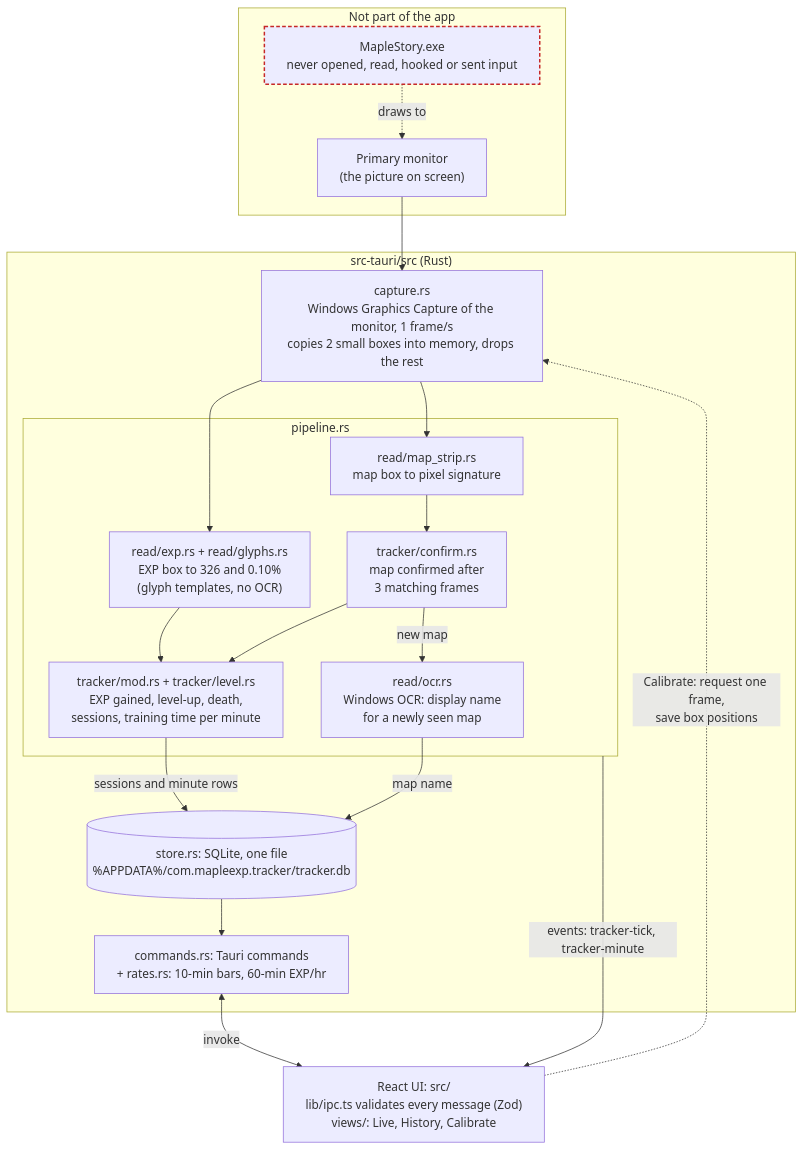
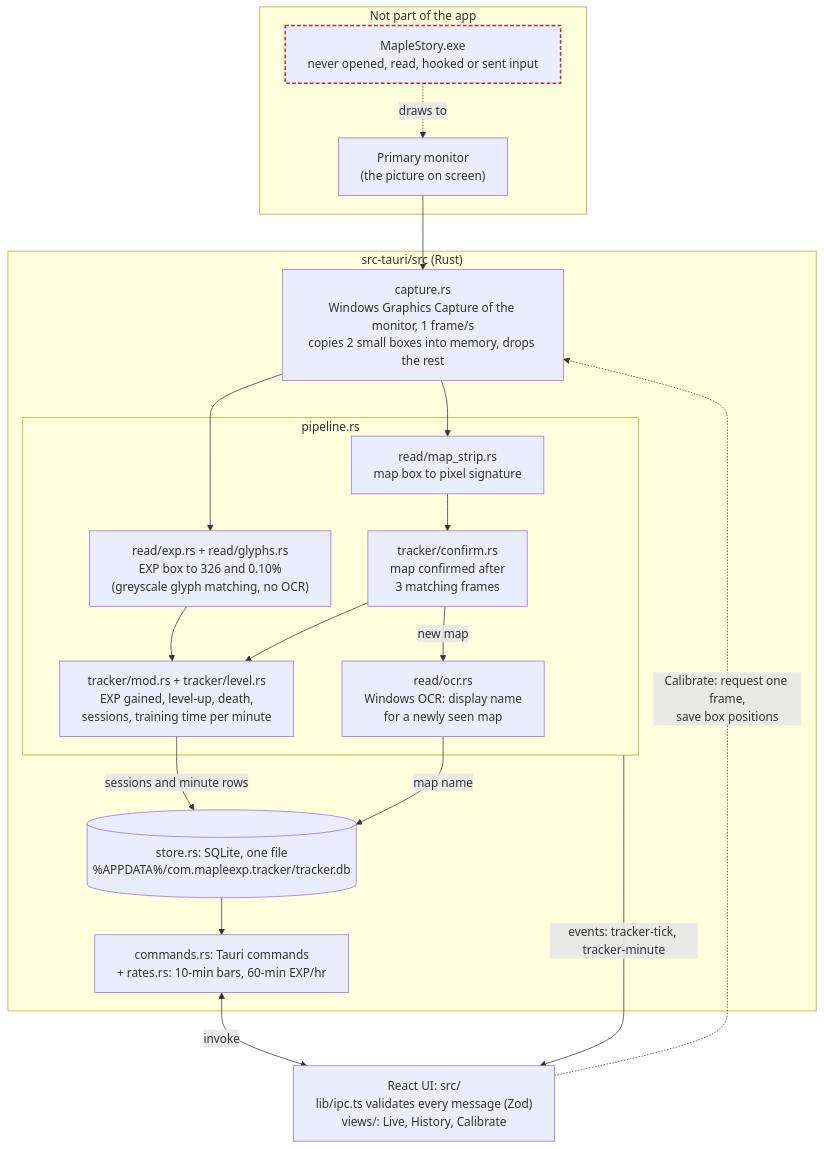
The diagram in README.md (Kwuasimoto/classic-exp-tracker), drawn with Mermaid before and after one commit. The commit also changed other lines of this file and 4 other files, not shown here.

First line of the commit message:
fix(read): greyscale, centre-aligned EXP glyph matching

````diff
--- a/README.md
+++ b/README.md
@@ -9,43 +9,43 @@
 ```mermaid
 %%{init: {"flowchart": {"wrappingWidth": 320}}}%%
 flowchart TB
     subgraph outside["Not part of the app"]
         game["MapleStory.exe<br/>never opened, read, hooked or sent input"]
         monitor["Primary monitor<br/>(the picture on screen)"]
         game -. "draws to" .-> monitor
     end
 
     subgraph backend["src-tauri/src (Rust)"]
         capture["capture.rs<br/>Windows Graphics Capture of the monitor, 1 frame/s<br/>copies 2 small boxes into memory, drops the rest"]
 
         subgraph pipeline["pipeline.rs"]
-            exp["read/exp.rs + read/glyphs.rs<br/>EXP box to 326 and 0.10%<br/>(glyph templates, no OCR)"]
+            exp["read/exp.rs + read/glyphs.rs<br/>EXP box to 326 and 0.10%<br/>(greyscale glyph matching, no OCR)"]
             strip["read/map_strip.rs<br/>map box to pixel signature"]
             confirm["tracker/confirm.rs<br/>map confirmed after<br/>3 matching frames"]
             ocr["read/ocr.rs<br/>Windows OCR: display name<br/>for a newly seen map"]
             track["tracker/mod.rs + tracker/level.rs<br/>EXP gained, level-up, death,<br/>sessions, training time per minute"]
         end
 
         store[("store.rs: SQLite, one file<br/>%APPDATA%/com.mapleexp.tracker/tracker.db")]
         commands["commands.rs: Tauri commands<br/>+ rates.rs: 10-min bars, 60-min EXP/hr"]
     end
 
     ui["React UI: src/<br/>lib/ipc.ts validates every message (Zod)<br/>views/: Live, History, Calibrate"]
 
     monitor --> capture
     capture --> exp
     capture --> strip
     strip --> confirm
     confirm -- "new map" --> ocr
     exp --> track
     confirm --> track
     track -- "sessions and minute rows" --> store
     ocr -- "map name" --> store
     store --> commands
     commands <-- "invoke" --> ui
     pipeline -- "events: tracker-tick, tracker-minute" --> ui
     ui -. "Calibrate: request one frame,<br/>save box positions" .-> capture
 
     classDef offlimits stroke:#c62828,stroke-width:2px,stroke-dasharray:5 3
     class game offlimits
 ```
````
